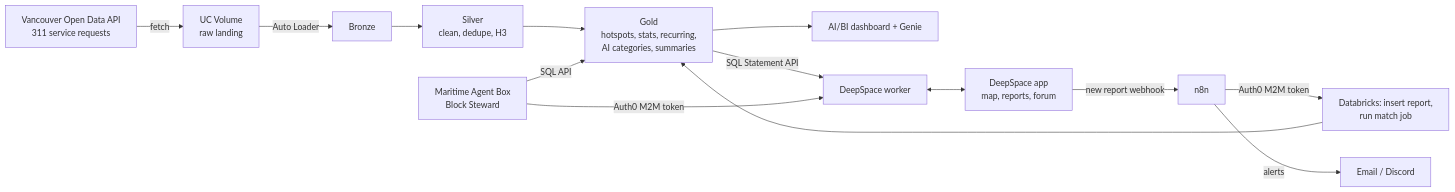
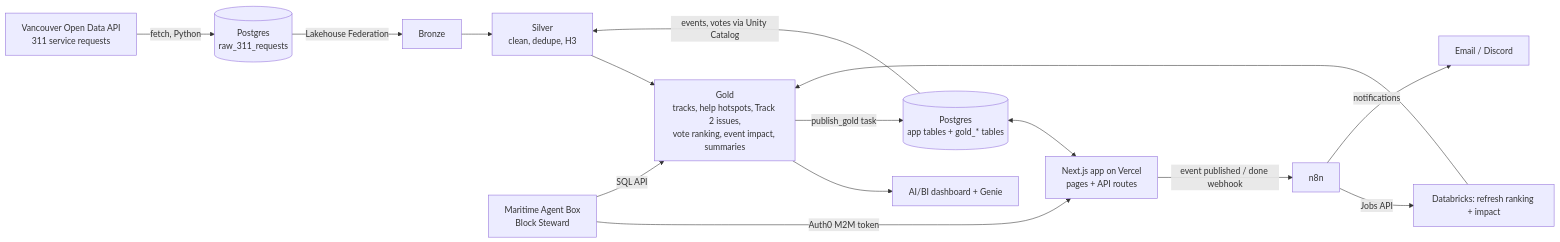
One commit to bg-06/HackCamp-2026 changed the second of 2 diagrams in plan.md. Above: the diagram before and after it, drawn with Mermaid. The commit also changed other lines of this file, not shown here.

First line of the commit message:
Update plan: Postgres as the buffer around Databricks

````diff
--- a/plan.md
+++ b/plan.md
@@ -40,16 +253,17 @@
 ```mermaid
 flowchart LR
-    A[Vancouver Open Data API<br/>311 service requests] -->|fetch| B[UC Volume<br/>raw landing]
-    B -->|Auto Loader| C[Bronze]
+    A[Vancouver Open Data API<br/>311 service requests] -->|fetch, Python| PR[(Postgres<br/>raw_311_requests)]
+    PR -->|Lakehouse Federation| C[Bronze]
     C --> D[Silver<br/>clean, dedupe, H3]
-    D --> E[Gold<br/>hotspots, stats, recurring,<br/>AI categories, summaries]
+    D --> E[Gold<br/>tracks, help hotspots, Track 2 issues,<br/>vote ranking, event impact, summaries]
     E --> M[AI/BI dashboard + Genie]
-    E -->|SQL Statement API| W[DeepSpace worker]
-    W <--> F[DeepSpace app<br/>map, reports, forum]
-    F -->|new report webhook| N[n8n]
-    N -->|Auth0 M2M token| R[Databricks: insert report,<br/>run match job]
+    E -->|publish_gold task| P[(Postgres<br/>app tables + gold_* tables)]
+    P -->|events, votes via Unity Catalog| D
+    P <--> F[Next.js app on Vercel<br/>pages + API routes]
+    F -->|event published / done webhook| N[n8n]
+    N -->|Jobs API| R[Databricks: refresh ranking + impact]
     R --> E
-    S[Maritime Agent Box<br/>Block Steward] -->|Auth0 M2M token| W
+    S[Maritime Agent Box<br/>Block Steward] -->|Auth0 M2M token| F
     S -->|SQL API| E
-    N -->|alerts| X[Email / Discord]
+    N -->|notifications| X[Email / Discord]
 ```
````
